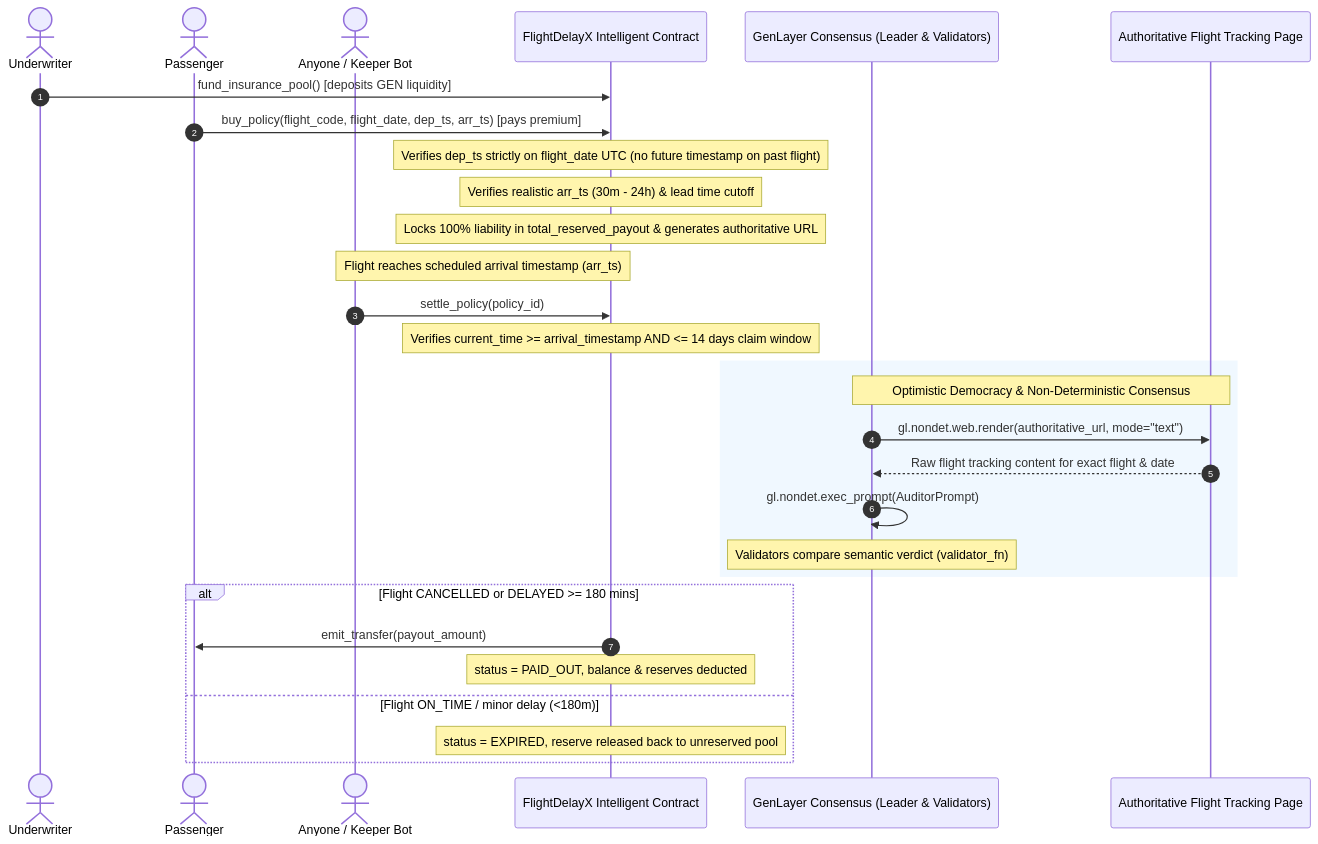
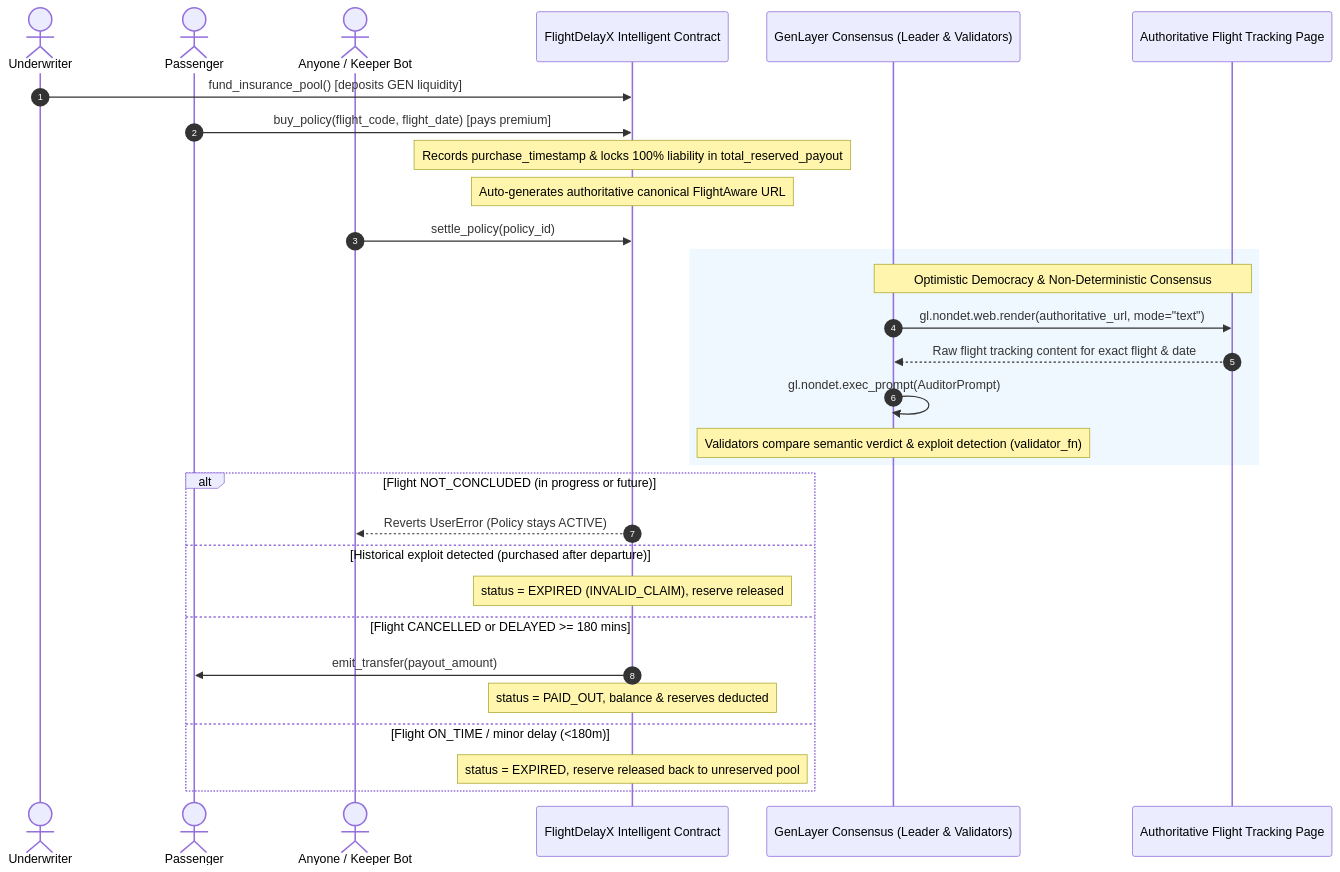
One commit to tuannguyen1995/flight-delay-x changed the diagram in README.md. Above: the diagram before and after it, drawn with Mermaid. The commit also changed other lines of this file and 4 other files, not shown here.

Commit message:
feat: eliminate buyer timestamps and implement AI-verified operational schedule with exploit detection

````diff
--- a/README.md
+++ b/README.md
@@ -132,35 +131,36 @@
 ```mermaid
 sequenceDiagram
     autonumber
     actor Underwriter
     actor Passenger
     actor Bot as Anyone / Keeper Bot
     participant Contract as FlightDelayX Intelligent Contract
     participant GenVM as GenLayer Consensus (Leader & Validators)
     participant Web as Authoritative Flight Tracking Page
 
     Underwriter->>Contract: fund_insurance_pool() [deposits GEN liquidity]
-    Passenger->>Contract: buy_policy(flight_code, flight_date, dep_ts, arr_ts) [pays premium]
-    Note over Contract: Verifies dep_ts strictly on flight_date UTC (no future timestamp on past flight)
-    Note over Contract: Verifies realistic arr_ts (30m - 24h) & lead time cutoff
-    Note over Contract: Locks 100% liability in total_reserved_payout & generates authoritative URL
+    Passenger->>Contract: buy_policy(flight_code, flight_date) [pays premium]
+    Note over Contract: Records purchase_timestamp & locks 100% liability in total_reserved_payout
+    Note over Contract: Auto-generates authoritative canonical FlightAware URL
 
-    Note over Bot,Contract: Flight reaches scheduled arrival timestamp (arr_ts)
     Bot->>Contract: settle_policy(policy_id)
-    Note over Contract: Verifies current_time >= arrival_timestamp AND <= 14 days claim window
 
     rect rgb(240, 248, 255)
     Note over GenVM,Web: Optimistic Democracy & Non-Deterministic Consensus
     GenVM->>Web: gl.nondet.web.render(authoritative_url, mode="text")
     Web-->>GenVM: Raw flight tracking content for exact flight & date
     GenVM->>GenVM: gl.nondet.exec_prompt(AuditorPrompt)
-    Note over GenVM: Validators compare semantic verdict (validator_fn)
+    Note over GenVM: Validators compare semantic verdict & exploit detection (validator_fn)
     end
 
-    alt Flight CANCELLED or DELAYED >= 180 mins
+    alt Flight NOT_CONCLUDED (in progress or future)
+        Contract-->>Bot: Reverts UserError (Policy stays ACTIVE)
+    else Historical exploit detected (purchased after departure)
+        Note over Contract: status = EXPIRED (INVALID_CLAIM), reserve released
+    else Flight CANCELLED or DELAYED >= 180 mins
         Contract->>Passenger: emit_transfer(payout_amount)
         Note over Contract: status = PAID_OUT, balance & reserves deducted
     else Flight ON_TIME / minor delay (<180m)
         Note over Contract: status = EXPIRED, reserve released back to unreserved pool
     end
 ```
````
